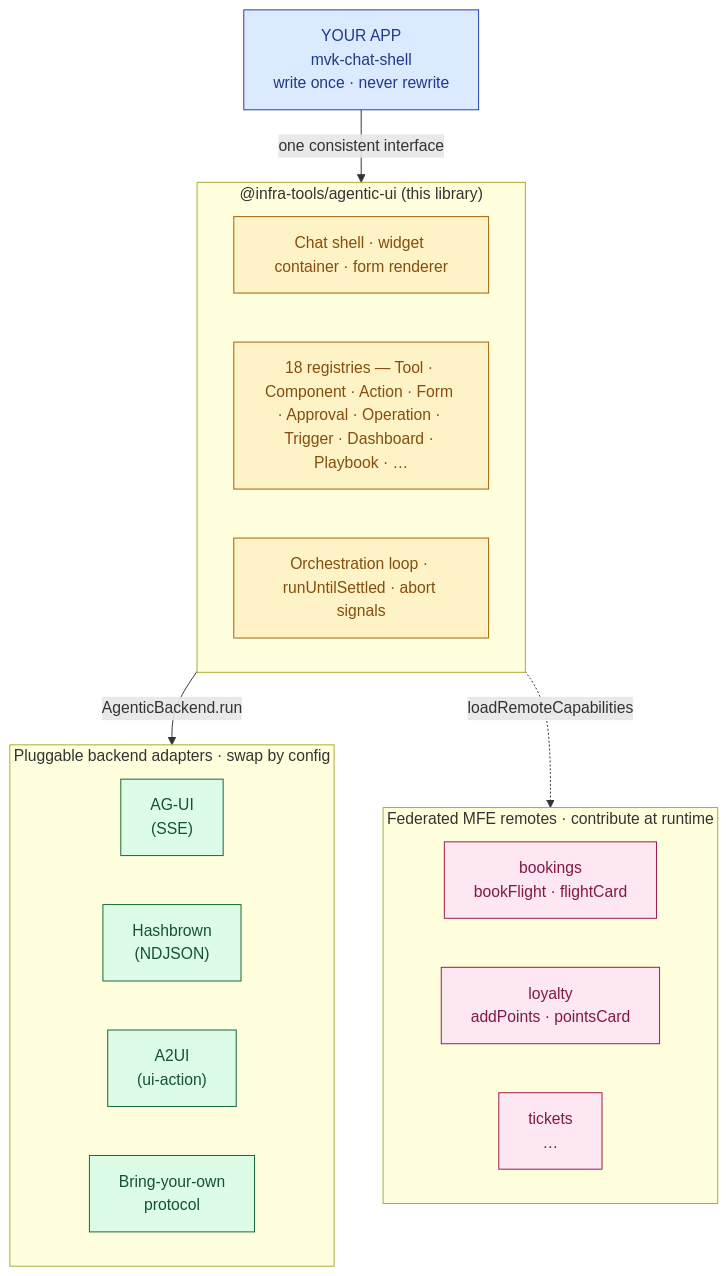
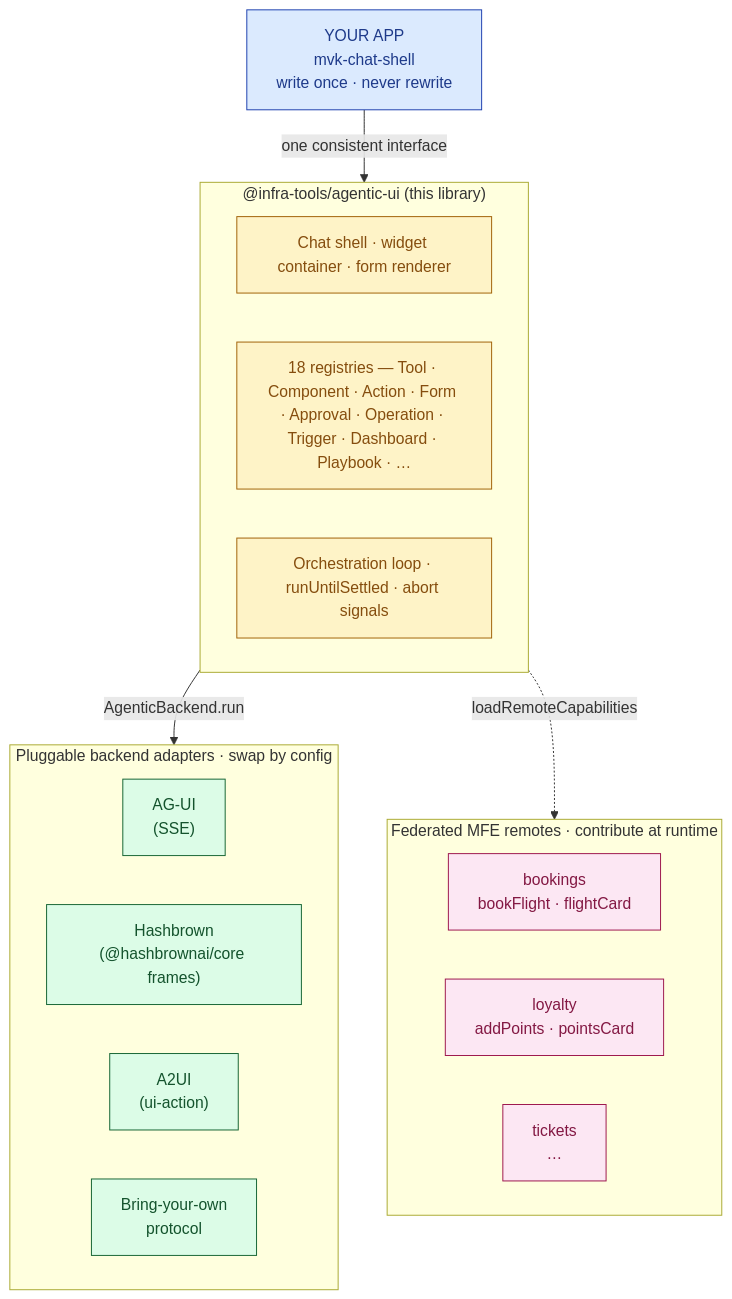
The second of 3 diagrams in README.md (sahassakhare/agentic-ui), drawn with Mermaid before and after one commit. The commit also changed other lines of this file and 15 other files, not shown here.

First line of the commit message:
feat(hashbrown): native @hashbrownai/core integration

````diff
--- a/README.md
+++ b/README.md
@@ -120,32 +120,32 @@
 ```mermaid
 flowchart TB
     classDef app fill:#dbeafe,stroke:#1e40af,stroke-width:1px,color:#1e3a8a
     classDef lib fill:#fef3c7,stroke:#a16207,stroke-width:1px,color:#854d0e
     classDef adapter fill:#dcfce7,stroke:#166534,stroke-width:1px,color:#14532d
     classDef remote fill:#fce7f3,stroke:#9d174d,stroke-width:1px,color:#831843
 
     APP["YOUR APP<br/>mvk-chat-shell<br/>write once · never rewrite"]:::app
 
     subgraph LIB["@infra-tools/agentic-ui (this library)"]
         L1["Chat shell · widget container · form renderer"]:::lib
         L2["18 registries — Tool · Component · Action · Form · Approval · Operation · Trigger · Dashboard · Playbook · …"]:::lib
         L3["Orchestration loop · runUntilSettled · abort signals"]:::lib
     end
 
     subgraph PROTO["Pluggable backend adapters · swap by config"]
         AG["AG-UI<br/>(SSE)"]:::adapter
-        HB["Hashbrown<br/>(NDJSON)"]:::adapter
+        HB["Hashbrown<br/>(@hashbrownai/core frames)"]:::adapter
         A2["A2UI<br/>(ui-action)"]:::adapter
         BYO["Bring-your-own<br/>protocol"]:::adapter
     end
 
     subgraph MFE["Federated MFE remotes · contribute at runtime"]
         R1["bookings<br/>bookFlight · flightCard"]:::remote
         R2["loyalty<br/>addPoints · pointsCard"]:::remote
         R3["tickets<br/>…"]:::remote
     end
 
     APP -->|one consistent interface| LIB
     LIB -->|AgenticBackend.run| PROTO
     LIB -.->|loadRemoteCapabilities| MFE
 ```
````
